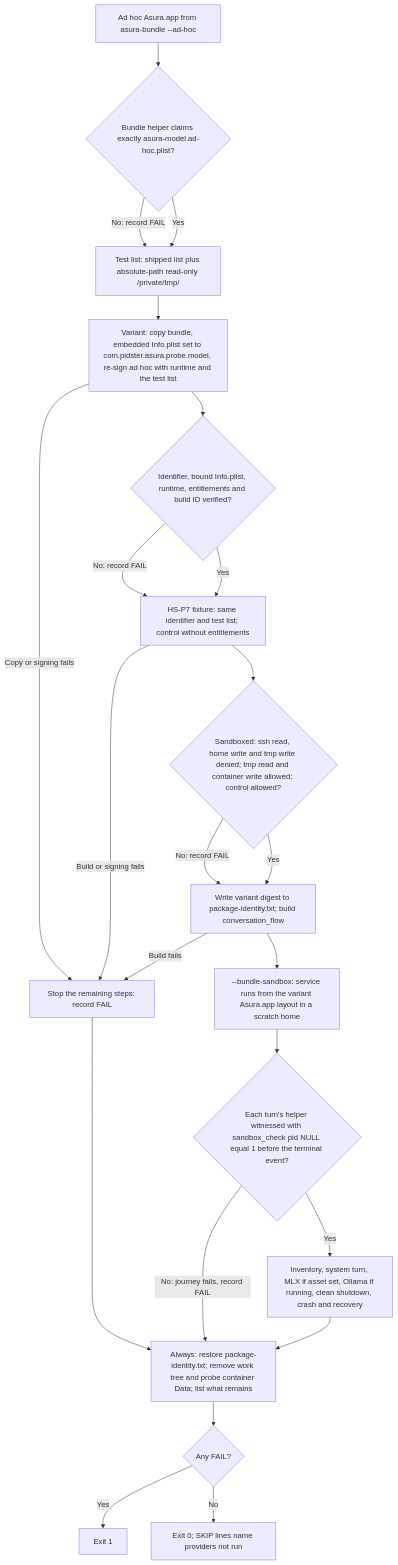
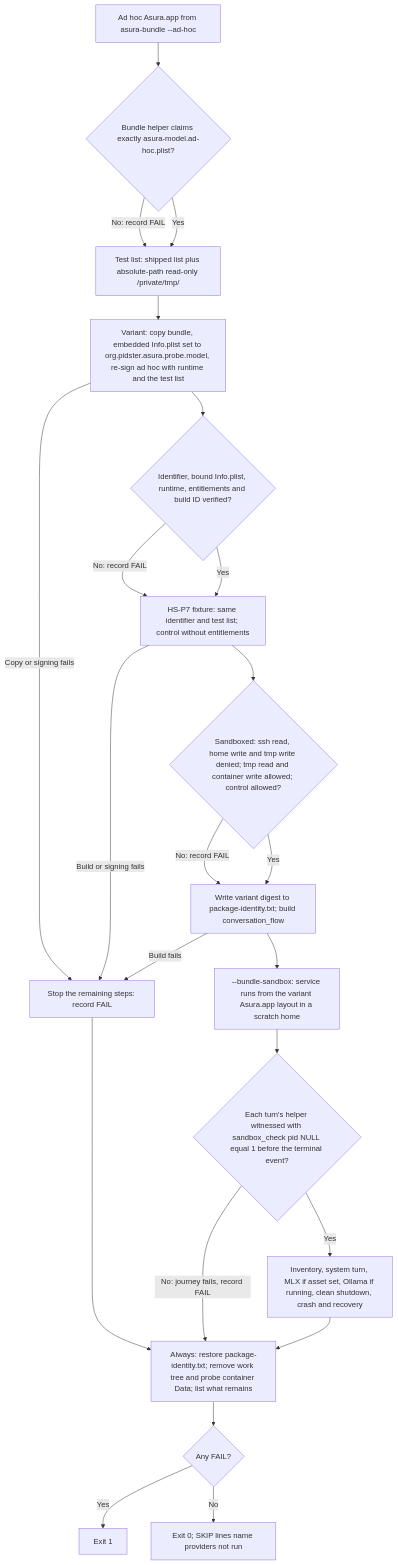
One commit to pidster/asura changed the ninth of 9 diagrams in docs/designs/release-signing.md. Above: the diagram before and after it, drawn with Mermaid. The commit also changed other lines of this file and 14 other files, not shown here.

First line of the commit message:
Change the reverse-DNS prefix to org.pidster (SGQ2 revision)

````diff
--- a/docs/designs/release-signing.md
+++ b/docs/designs/release-signing.md
@@ -1345,25 +1357,25 @@
 ```mermaid
 flowchart TD
     B["Ad hoc Asura.app from asura-bundle --ad-hoc"] --> E{"Bundle helper claims exactly asura-model.ad-hoc.plist?"}
     E -->|"No: record FAIL"| T
     E -->|Yes| T["Test list: shipped list plus absolute-path read-only /private/tmp/"]
-    T --> V["Variant: copy bundle, embedded Info.plist set to com.pidster.asura.probe.model, re-sign ad hoc with runtime and the test list"]
+    T --> V["Variant: copy bundle, embedded Info.plist set to org.pidster.asura.probe.model, re-sign ad hoc with runtime and the test list"]
     V -->|"Copy or signing fails"| Stop["Stop the remaining steps: record FAIL"]
     V --> VC{"Identifier, bound Info.plist, runtime, entitlements and build ID verified?"}
     VC -->|"No: record FAIL"| N
     VC -->|Yes| N["HS-P7 fixture: same identifier and test list; control without entitlements"]
     N -->|"Build or signing fails"| Stop
     N --> NC{"Sandboxed: ssh read, home write and tmp write denied; tmp read and container write allowed; control allowed?"}
     NC -->|"No: record FAIL"| I
     NC -->|Yes| I["Write variant digest to package-identity.txt; build conversation_flow"]
     I -->|"Build fails"| Stop
     I --> J["--bundle-sandbox: service runs from the variant Asura.app layout in a scratch home"]
     J --> W{"Each turn's helper witnessed with sandbox_check pid NULL equal 1 before the terminal event?"}
     W -->|"No: journey fails, record FAIL"| R
     W -->|Yes| P["Inventory, system turn, MLX if asset set, Ollama if running, clean shutdown, crash and recovery"]
     P --> R["Always: restore package-identity.txt; remove work tree and probe container Data; list what remains"]
     Stop --> R
     R --> X{"Any FAIL?"}
     X -->|Yes| Bad["Exit 1"]
     X -->|No| Good["Exit 0; SKIP lines name providers not run"]
 ```
````
